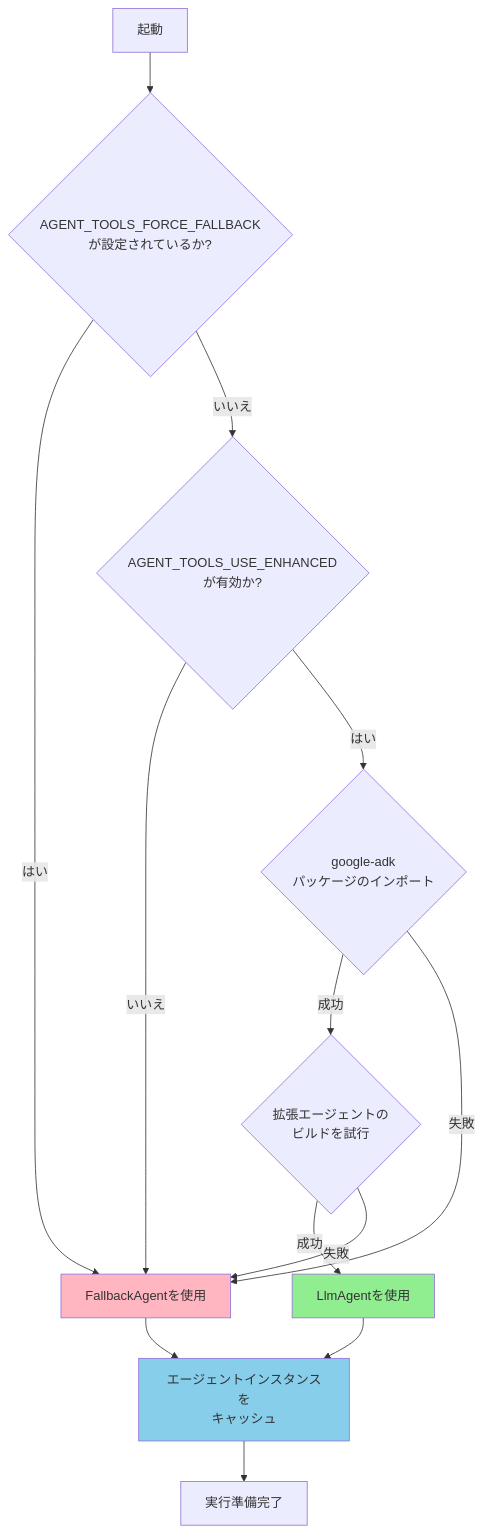
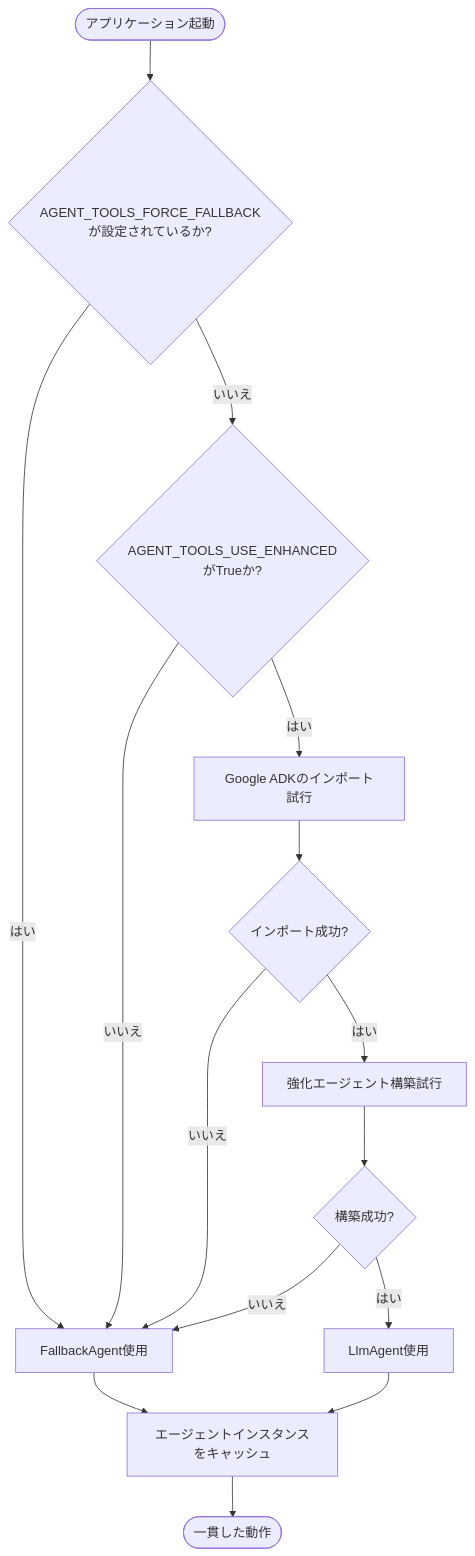
Before and after one commit to myoshi2891/5-Day-AI-Agents-Intensive: the third of 5 diagrams in README.md, drawn with Mermaid. The commit also changed other lines of this file, not shown here.

````diff
--- a/README.md
+++ b/README.md
@@ -108,25 +109,17 @@
 ```mermaid
 flowchart TD
-    Start[起動] --> CheckForce{AGENT_TOOLS_FORCE_FALLBACK<br/>が設定されているか?}
-    
-    CheckForce -->|はい| UseFallback[FallbackAgentを使用]
-    CheckForce -->|いいえ| CheckEnhanced{AGENT_TOOLS_USE_ENHANCED<br/>が有効か?}
-    
+    Start([アプリケーション起動]) --> CheckForce{AGENT_TOOLS_FORCE_FALLBACK<br/>が設定されているか?}
+    CheckForce -->|はい| UseFallback[FallbackAgent使用]
+    CheckForce -->|いいえ| CheckEnhanced{AGENT_TOOLS_USE_ENHANCED<br/>がTrueか?}
     CheckEnhanced -->|いいえ| UseFallback
-    CheckEnhanced -->|はい| TryImport{google-adk<br/>パッケージのインポート}
-    
-    TryImport -->|成功| BuildEnhanced{拡張エージェントの<br/>ビルドを試行}
-    TryImport -->|失敗| UseFallback
-    
-    BuildEnhanced -->|成功| UseEnhanced[LlmAgentを使用]
-    BuildEnhanced -->|失敗| UseFallback
-    
-    UseEnhanced --> Cache[エージェントインスタンスを<br/>キャッシュ]
-    UseFallback --> Cache
-    
-    Cache --> End[実行準備完了]
-    
-    style UseEnhanced fill:#90EE90
-    style UseFallback fill:#FFB6C1
-    style Cache fill:#87CEEB
+    CheckEnhanced -->|はい| TryImportADK[Google ADKのインポート試行]
+    TryImportADK --> ImportSuccess{インポート成功?}
+    ImportSuccess -->|いいえ| UseFallback
+    ImportSuccess -->|はい| TryBuildEnhanced[強化エージェント構築試行]
+    TryBuildEnhanced --> BuildSuccess{構築成功?}
+    BuildSuccess -->|いいえ| UseFallback
+    BuildSuccess -->|はい| UseEnhanced[LlmAgent使用]
+    UseFallback --> Cache[エージェントインスタンスをキャッシュ]
+    UseEnhanced --> Cache
+    Cache --> End([一貫した動作])
 ```
````
